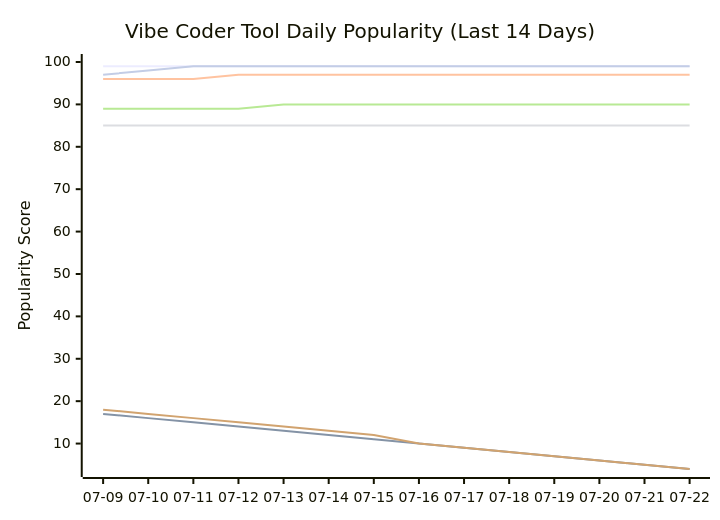
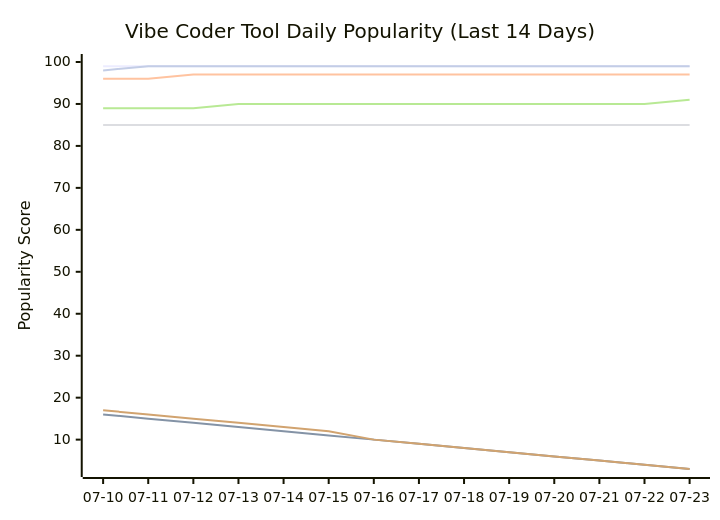
Before and after one commit to tykimos/ai-whatchelin: the seventh of 11 diagrams in README.md, drawn with Mermaid. The commit also changed other lines of this file and 4 other files, not shown here.

````diff
--- a/README.md
+++ b/README.md
@@ -2057,13 +2057,13 @@
 ```mermaid
 xychart-beta
     title "Vibe Coder Tool Daily Popularity (Last 14 Days)"
-    x-axis ["07-09", "07-10", "07-11", "07-12", "07-13", "07-14", "07-15", "07-16", "07-17", "07-18", "07-19", "07-20", "07-21", "07-22"]
-    y-axis "Popularity Score" 4 --> 100
+    x-axis ["07-10", "07-11", "07-12", "07-13", "07-14", "07-15", "07-16", "07-17", "07-18", "07-19", "07-20", "07-21", "07-22", "07-23"]
+    y-axis "Popularity Score" 3 --> 100
     line "Claude Code" [99, 99, 99, 99, 99, 99, 99, 99, 99, 99, 99, 99, 99, 99]
-    line "GH Copilot" [17, 16, 15, 14, 13, 12, 11, 10, 9, 8, 7, 6, 5, 4]
-    line "Cursor" [96, 96, 96, 97, 97, 97, 97, 97, 97, 97, 97, 97, 97, 97]
+    line "GH Copilot" [16, 15, 14, 13, 12, 11, 10, 9, 8, 7, 6, 5, 4, 3]
+    line "Cursor" [96, 96, 97, 97, 97, 97, 97, 97, 97, 97, 97, 97, 97, 97]
     line "Windsurf" [85, 85, 85, 85, 85, 85, 85, 85, 85, 85, 85, 85, 85, 85]
-    line "Codex CLI" [89, 89, 89, 89, 90, 90, 90, 90, 90, 90, 90, 90, 90, 90]
-    line "Gemini CLI" [18, 17, 16, 15, 14, 13, 12, 10, 9, 8, 7, 6, 5, 4]
-    line "Antigravity" [97, 98, 99, 99, 99, 99, 99, 99, 99, 99, 99, 99, 99, 99]
+    line "Codex CLI" [89, 89, 89, 90, 90, 90, 90, 90, 90, 90, 90, 90, 90, 91]
+    line "Gemini CLI" [17, 16, 15, 14, 13, 12, 10, 9, 8, 7, 6, 5, 4, 3]
+    line "Antigravity" [98, 99, 99, 99, 99, 99, 99, 99, 99, 99, 99, 99, 99, 99]
 ```
````
